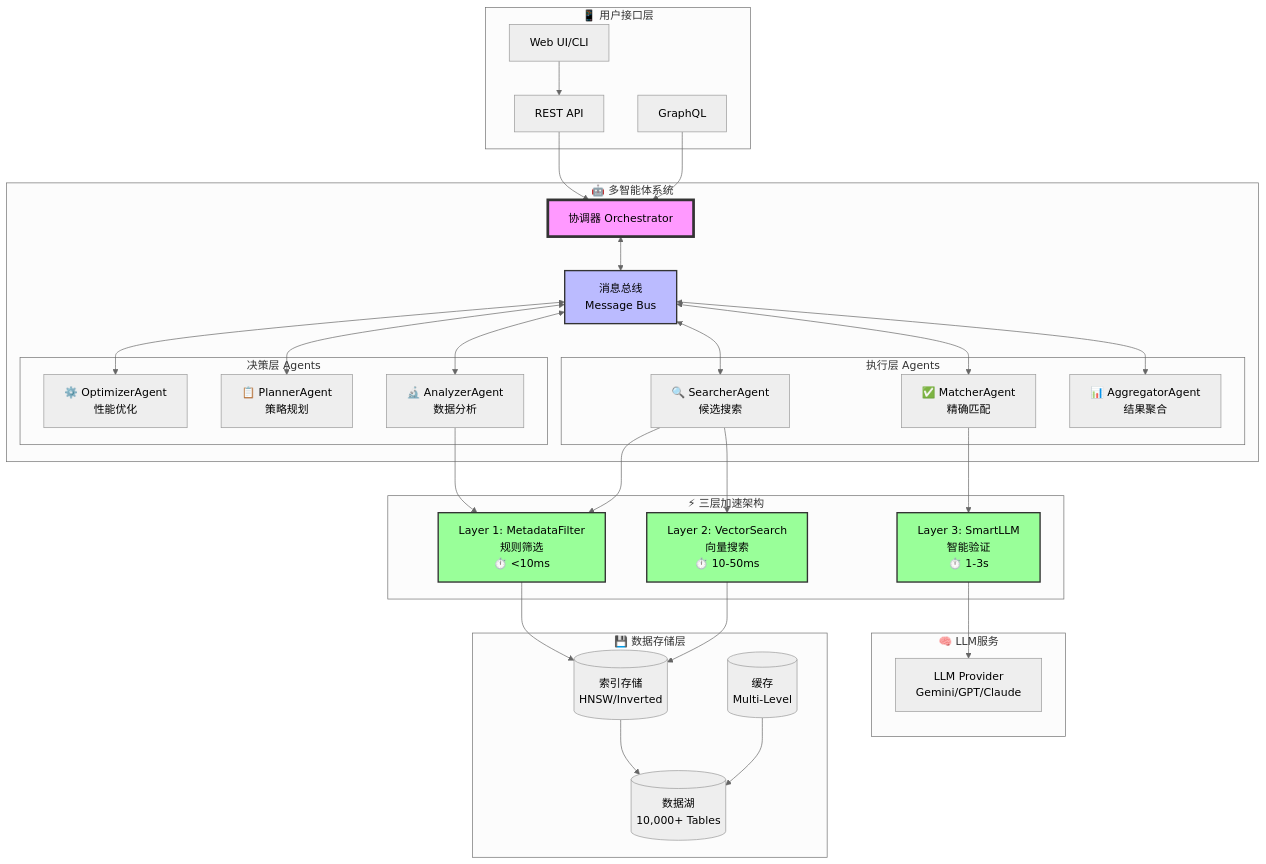
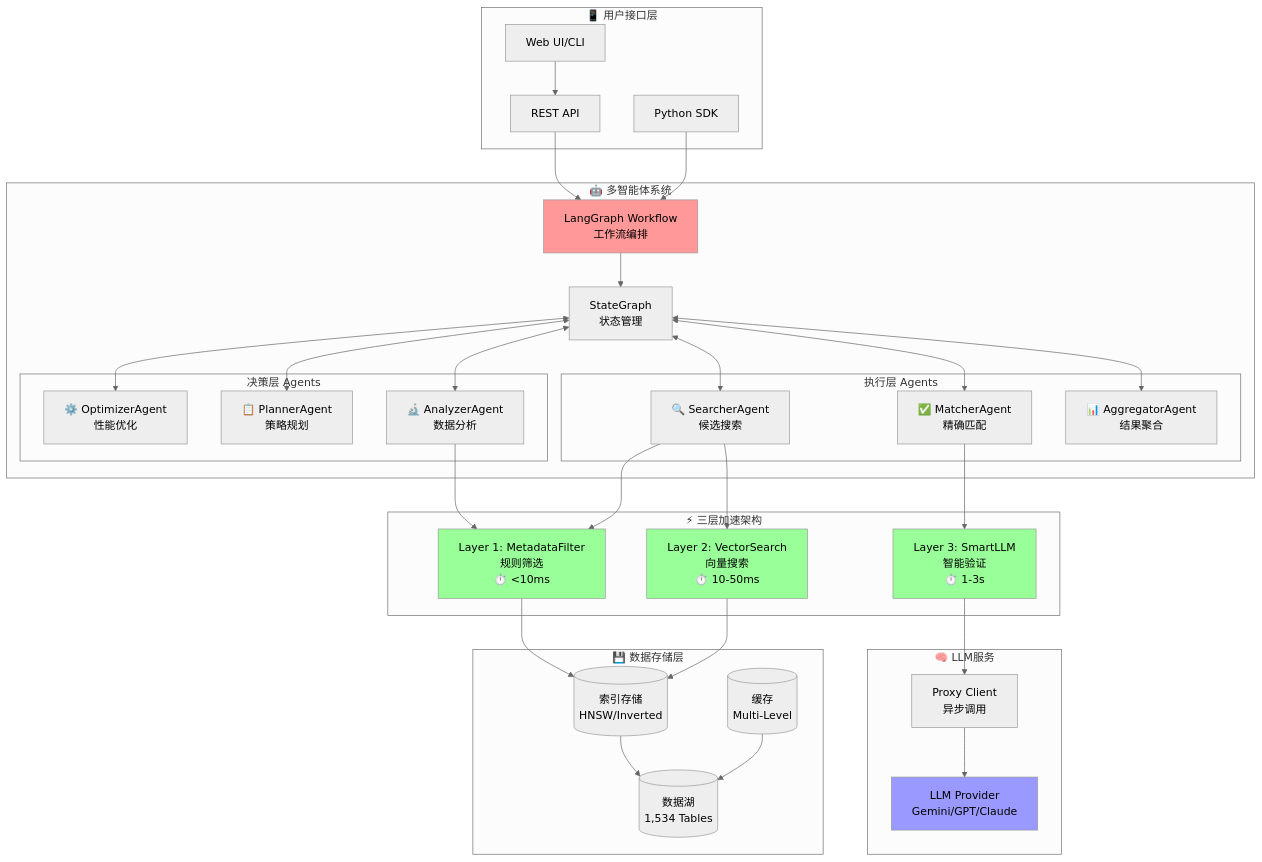
One commit to 925180034/dataLakesMulti changed the first of 8 diagrams in docs/ARCHITECTURE_DIAGRAMS.md. Above: the diagram before and after it, drawn with Mermaid (neutral theme). The commit also changed other lines of this file and 128 other files, not shown here.

````diff
--- a/docs/ARCHITECTURE_DIAGRAMS.md
+++ b/docs/ARCHITECTURE_DIAGRAMS.md
@@ -5,72 +16,74 @@
 ```mermaid
 graph TB
     subgraph "📱 用户接口层"
         UI[Web UI/CLI]
         API[REST API]
-        GQL[GraphQL]
+        SDK[Python SDK]
     end
     
     subgraph "🤖 多智能体系统"
-        ORCH[协调器 Orchestrator]
+        WORKFLOW[LangGraph Workflow<br/>工作流编排]
         
         subgraph "决策层 Agents"
             OPT[⚙️ OptimizerAgent<br/>性能优化]
             PLAN[📋 PlannerAgent<br/>策略规划]
             ANAL[🔬 AnalyzerAgent<br/>数据分析]
         end
         
         subgraph "执行层 Agents"
             SEARCH[🔍 SearcherAgent<br/>候选搜索]
             MATCH[✅ MatcherAgent<br/>精确匹配]
             AGG[📊 AggregatorAgent<br/>结果聚合]
         end
         
-        MSG[消息总线<br/>Message Bus]
+        STATE[StateGraph<br/>状态管理]
     end
     
     subgraph "⚡ 三层加速架构"
         L1[Layer 1: MetadataFilter<br/>规则筛选<br/>⏱️ <10ms]
         L2[Layer 2: VectorSearch<br/>向量搜索<br/>⏱️ 10-50ms]
         L3[Layer 3: SmartLLM<br/>智能验证<br/>⏱️ 1-3s]
     end
     
     subgraph "💾 数据存储层"
-        DL[(数据湖<br/>10,000+ Tables)]
+        DL[(数据湖<br/>1,534 Tables)]
         IDX[(索引存储<br/>HNSW/Inverted)]
         CACHE[(缓存<br/>Multi-Level)]
     end
     
     subgraph "🧠 LLM服务"
         LLM[LLM Provider<br/>Gemini/GPT/Claude]
+        PROXY[Proxy Client<br/>异步调用]
     end
     
     UI --> API
-    API --> ORCH
-    GQL --> ORCH
+    API --> WORKFLOW
+    SDK --> WORKFLOW
     
-    ORCH <--> MSG
-    MSG <--> OPT
-    MSG <--> PLAN
-    MSG <--> ANAL
-    MSG <--> SEARCH
-    MSG <--> MATCH
-    MSG <--> AGG
+    WORKFLOW --> STATE
+    STATE <--> OPT
+    STATE <--> PLAN
+    STATE <--> ANAL
+    STATE <--> SEARCH
+    STATE <--> MATCH
+    STATE <--> AGG
     
     ANAL --> L1
     SEARCH --> L1
     SEARCH --> L2
     MATCH --> L3
     
     L1 --> IDX
     L2 --> IDX
-    L3 --> LLM
+    L3 --> PROXY
+    PROXY --> LLM
     
     IDX --> DL
     CACHE --> DL
     
-    style ORCH fill:#f9f,stroke:#333,stroke-width:4px
-    style MSG fill:#bbf,stroke:#333,stroke-width:2px
-    style L1 fill:#9f9,stroke:#333,stroke-width:2px
-    style L2 fill:#9f9,stroke:#333,stroke-width:2px
-    style L3 fill:#9f9,stroke:#333,stroke-width:2px
+    style WORKFLOW fill:#ff9999
+    style L1 fill:#99ff99
+    style L2 fill:#99ff99
+    style L3 fill:#99ff99
+    style LLM fill:#9999ff
 ```
````
